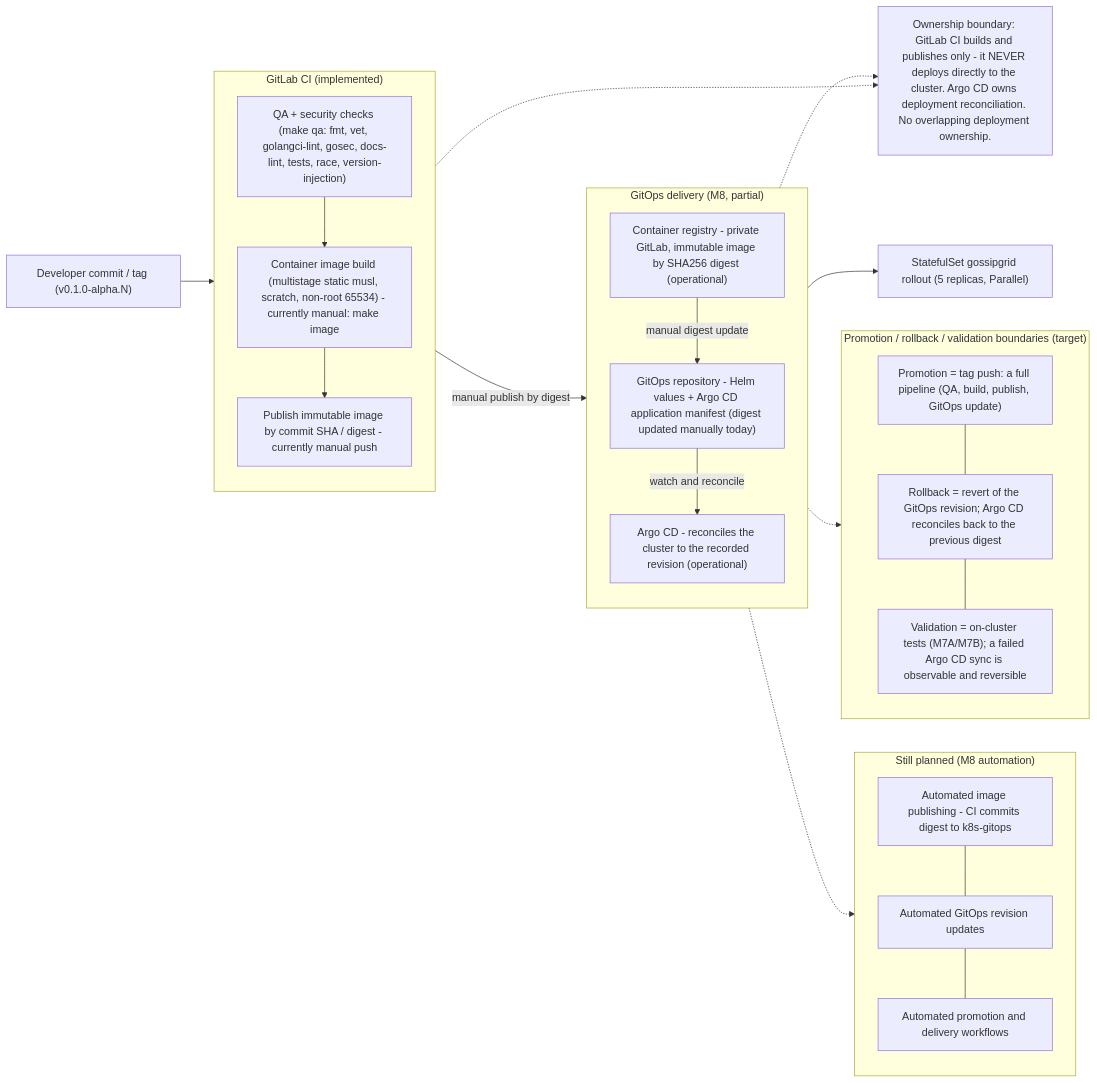
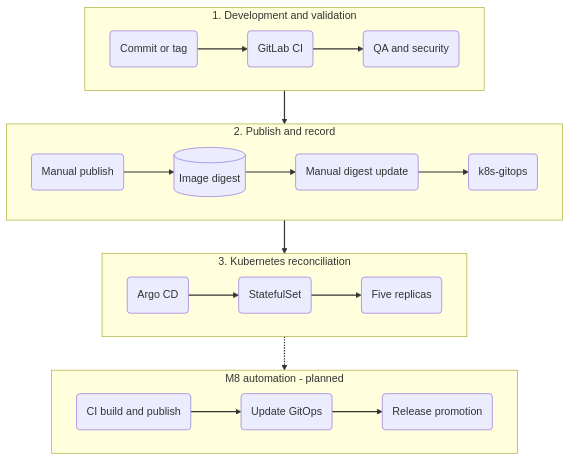
The diagram in docs/kubernetes-deployment.md (hirebrianm/gossipgrid), drawn with Mermaid before and after one commit. The commit also changed other lines of this file and 79 other files, not shown here.

````diff
--- a/docs/kubernetes-deployment.md
+++ b/docs/kubernetes-deployment.md
@@ -541,47 +544,37 @@
 ```mermaid
-flowchart LR
-  DEV["Developer commit / tag (v0.1.0-alpha.N)"]
-  DEV --> CI
-
-  subgraph CILAB["GitLab CI (implemented)"]
-    direction TB
-    CI["QA + security checks (make qa: fmt, vet, golangci-lint, gosec, docs-lint, tests, race, version-injection)"]
-    IMG["Container image build (multistage static musl, scratch, non-root 65534) - currently manual: make image"]
-    PUBLISH["Publish immutable image by commit SHA / digest - currently manual push"]
-    CI --> IMG --> PUBLISH
+flowchart TB
+  subgraph S1["1. Development and validation"]
+    direction LR
+    DEV("Commit or tag") --> CI("GitLab CI") --> QA("QA and security")
   end
 
-  subgraph M8["GitOps delivery (M8, partial)"]
-    direction TB
-    REG["Container registry - private GitLab, immutable image by SHA256 digest (operational)"]
-    GOREPO["GitOps repository - Helm values + Argo CD application manifest (digest updated manually today)"]
-    ARGO["Argo CD - reconciles the cluster to the recorded revision (operational)"]
-    PUBLISH -->|manual publish by digest| REG
-    REG -->|manual digest update| GOREPO
-    GOREPO -->|watch and reconcile| ARGO
+  subgraph S2["2. Publish and record"]
+    direction LR
+    PUB("Manual publish") --> REG[("Image digest")]
+    REG --> DIG("Manual digest update")
+    DIG --> REPO("k8s-gitops")
   end
 
-  ARGO --> K8S["StatefulSet gossipgrid rollout (5 replicas, Parallel)"]
-
-  subgraph PLANNED["Still planned (M8 automation)"]
-    direction TB
-    AUTO["Automated image publishing - CI commits digest to k8s-gitops"]
-    AUTOREV["Automated GitOps revision updates"]
-    PROMOTE["Automated promotion and delivery workflows"]
-    AUTO --- AUTOREV --- PROMOTE
+  subgraph S3["3. Kubernetes reconciliation"]
+    direction LR
+    ARGO("Argo CD") --> STS("StatefulSet")
+    STS --> PODS("Five replicas")
   end
 
-  subgraph BOUND["Promotion / rollback / validation boundaries (target)"]
-    direction TB
-    PROMO["Promotion = tag push: a full pipeline (QA, build, publish, GitOps update)"]
-    ROLLBACK["Rollback = revert of the GitOps revision; Argo CD reconciles back to the previous digest"]
-    VALIDATE["Validation = on-cluster tests (M7A/M7B); a failed Argo CD sync is observable and reversible"]
-    PROMO --- ROLLBACK --- VALIDATE
+  subgraph S4["M8 automation - planned"]
+    direction LR
+    AUTO("CI build and publish") --> UPDATE("Update GitOps")
+    UPDATE --> PROMOTE("Release promotion")
   end
-  GOREPO -.-> BOUND
-  GOREPO -.-> PLANNED
 
-  NOTE["Ownership boundary: GitLab CI builds and publishes only - it NEVER deploys directly to the cluster. Argo CD owns deployment reconciliation. No overlapping deployment ownership."]
-  CI -.-> NOTE
-  ARGO -.-> NOTE
+  S1 --> S2
+  S2 --> S3
+  S3 -.-> S4
+
+  class DEV,CI,STS,PODS,REG new
+  class QA new
+  class PUB,DIG missed
+  class REPO,ARGO metadata
+  class AUTO,UPDATE,PROMOTE planned
+  linkStyle default stroke-width:1.8px
 ```
````
